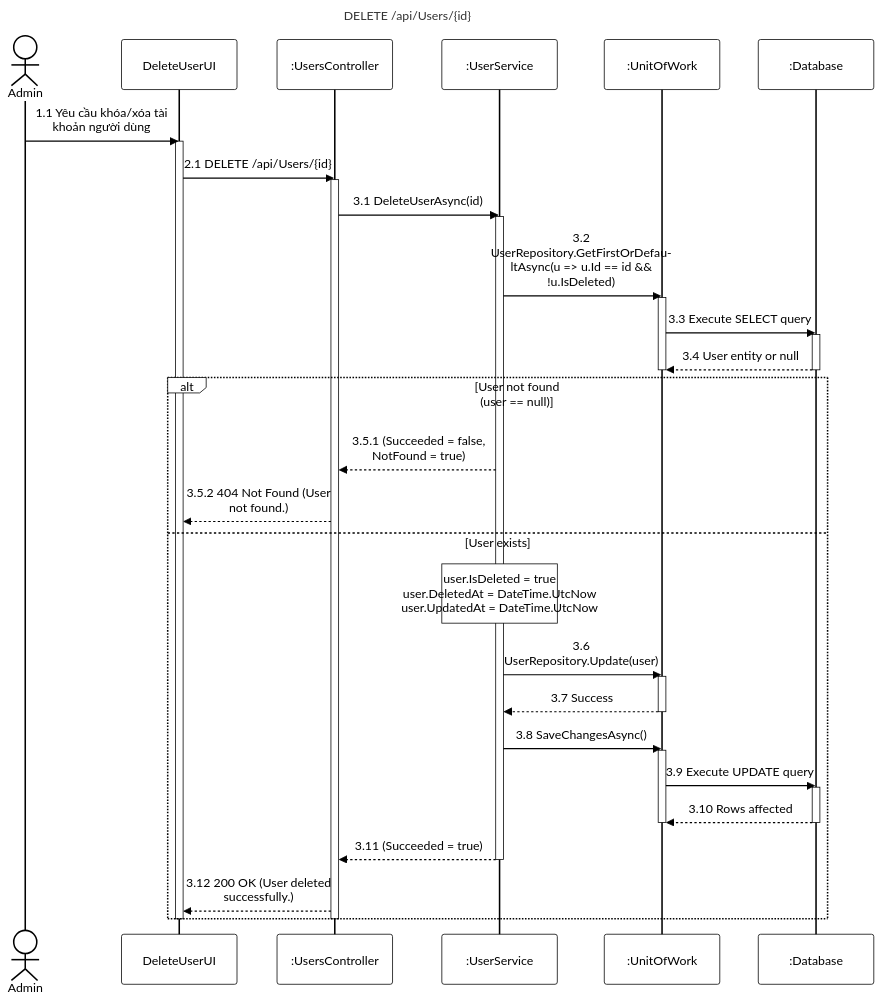
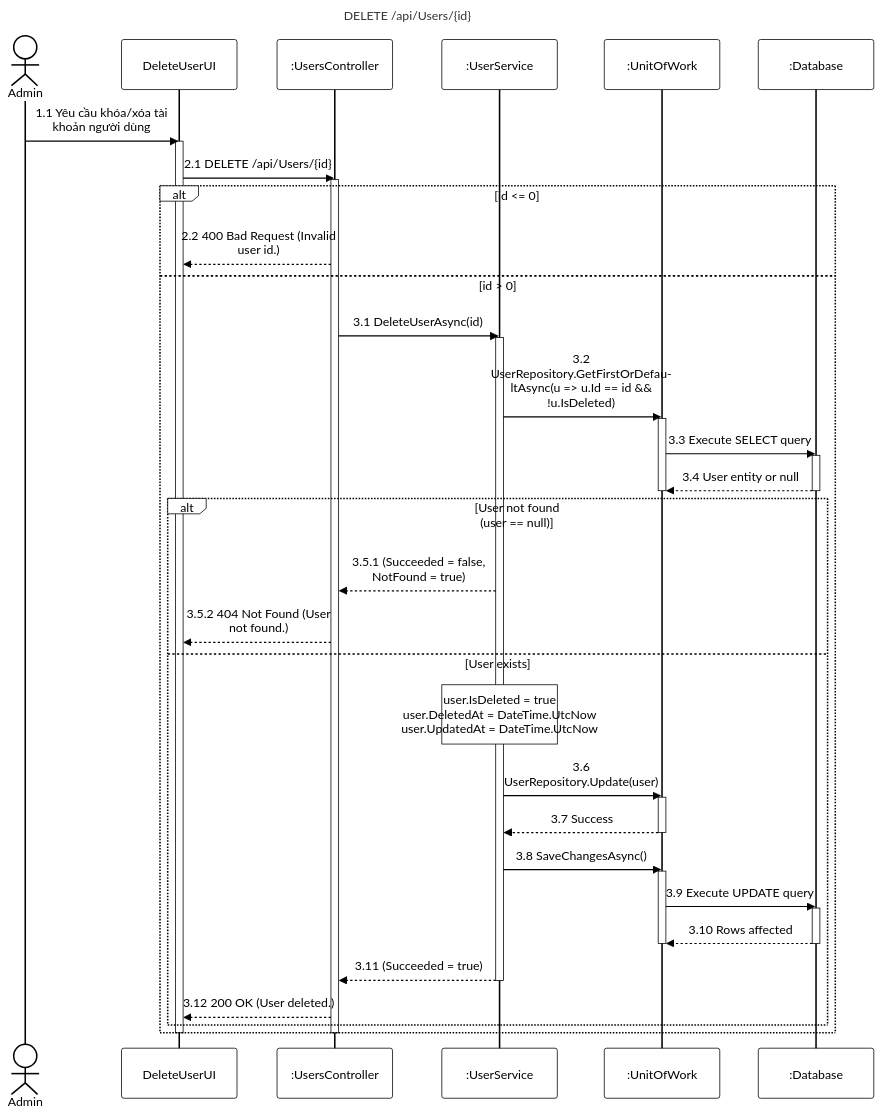
One commit to PhucAnDev/docx-diagram changed the diagram in 02-user-role-management/sequence-diagram/apis/delete-user.mmd. Above: the diagram before and after it, drawn with Mermaid. The commit also changed 3 other files, not shown here.

Commit message:
fix: update delete-role and delete-user diagrams to match code validation and response messages

```diff
--- a/02-user-role-management/sequence-diagram/apis/delete-user.mmd
+++ b/02-user-role-management/sequence-diagram/apis/delete-user.mmd
@@ -1,51 +1,55 @@
 %%{init: {'theme':'base', 'themeVariables': {'actorBkg':'#ffffff','actorBorder':'#000000','actorTextColor':'#000000','actorLineColor':'#000000','signalColor':'#000000','signalTextColor':'#000000','labelBoxBkgColor':'#ffffff','labelBoxBorderColor':'#000000','labelTextColor':'#000000','loopTextColor':'#000000','noteBkgColor':'#ffffff','noteBorderColor':'#000000','noteTextColor':'#000000','activationBorderColor':'#000000','activationBkgColor':'#ffffff','sequenceNumberColor':'#000000'}, 'sequence': {'width':150,'height':65,'actorFontSize':16,'messageFontSize':16,'wrap':true,'wrapPadding':10}}}%%
 sequenceDiagram
     title DELETE /api/Users/{id}
     actor Admin as Admin
     participant UI as DeleteUserUI
     participant Endpoint as :UsersController
     participant Service as :UserService
     participant DB as :UnitOfWork
     participant Database as :Database
 
     Admin->>UI: 1.1 Yêu cầu khóa/xóa tài khoản người dùng
     activate UI
     UI->>Endpoint: 2.1 DELETE /api/Users/{id}
     activate Endpoint
 
-    Endpoint->>Service: 3.1 DeleteUserAsync(id)
-    activate Service
+    alt id <= 0
+        Endpoint-->>UI: 2.2 400 Bad Request (Invalid user id.)
+    else id > 0
+        Endpoint->>Service: 3.1 DeleteUserAsync(id)
+        activate Service
 
-    Service->>DB: 3.2 UserRepository.GetFirstOrDefaultAsync(u => u.Id == id && !u.IsDeleted)
-    activate DB
-    DB->>Database: 3.3 Execute SELECT query
-    activate Database
-    Database-->>DB: 3.4 User entity or null
-    deactivate Database
-    deactivate DB
-
-    alt User not found (user == null)
-        Service-->>Endpoint: 3.5.1 (Succeeded = false, NotFound = true)
-        Endpoint-->>UI: 3.5.2 404 Not Found (User not found.)
-    else User exists
-        note over Service: user.IsDeleted = true<br/>user.DeletedAt = DateTime.UtcNow<br/>user.UpdatedAt = DateTime.UtcNow
-
-        Service->>DB: 3.6 UserRepository.Update(user)
+        Service->>DB: 3.2 UserRepository.GetFirstOrDefaultAsync(u => u.Id == id && !u.IsDeleted)
         activate DB
-        DB-->>Service: 3.7 Success
-        deactivate DB
-
-        Service->>DB: 3.8 SaveChangesAsync()
-        activate DB
-        DB->>Database: 3.9 Execute UPDATE query
+        DB->>Database: 3.3 Execute SELECT query
         activate Database
-        Database-->>DB: 3.10 Rows affected
+        Database-->>DB: 3.4 User entity or null
         deactivate Database
         deactivate DB
 
-        Service-->>Endpoint: 3.11 (Succeeded = true)
-        deactivate Service
-        Endpoint-->>UI: 3.12 200 OK (User deleted successfully.)
+        alt User not found (user == null)
+            Service-->>Endpoint: 3.5.1 (Succeeded = false, NotFound = true)
+            Endpoint-->>UI: 3.5.2 404 Not Found (User not found.)
+        else User exists
+            note over Service: user.IsDeleted = true<br/>user.DeletedAt = DateTime.UtcNow<br/>user.UpdatedAt = DateTime.UtcNow
+
+            Service->>DB: 3.6 UserRepository.Update(user)
+            activate DB
+            DB-->>Service: 3.7 Success
+            deactivate DB
+
+            Service->>DB: 3.8 SaveChangesAsync()
+            activate DB
+            DB->>Database: 3.9 Execute UPDATE query
+            activate Database
+            Database-->>DB: 3.10 Rows affected
+            deactivate Database
+            deactivate DB
+
+            Service-->>Endpoint: 3.11 (Succeeded = true)
+            deactivate Service
+            Endpoint-->>UI: 3.12 200 OK (User deleted.)
+        end
     end
     deactivate Endpoint
     deactivate UI
```
